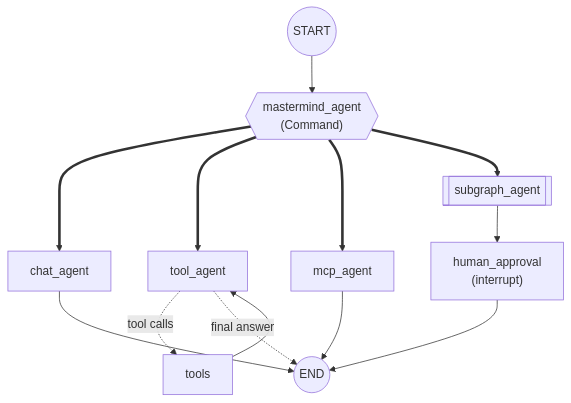
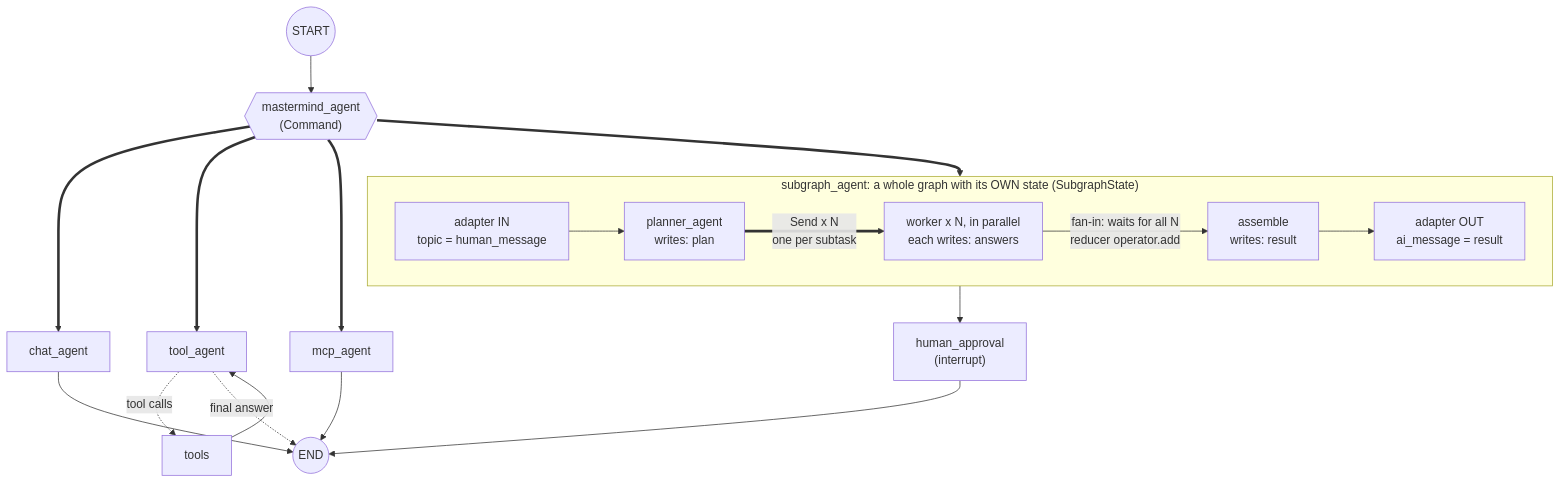
Before and after one commit to JoseLuisFFDT/template_multiagent_system: the diagram in README.md, drawn with Mermaid. The commit also changed other lines of this file and 4 other files, not shown here.

````diff
--- a/README.md
+++ b/README.md
@@ -34,14 +95,22 @@
 ```mermaid
 flowchart TD
     S((START)) --> MM{{"mastermind_agent<br/>(Command)"}}
     MM ==> CH[chat_agent]
     MM ==> TA[tool_agent]
     MM ==> MA[mcp_agent]
-    MM ==> SA[["subgraph_agent"]]
+    MM ==> SUB
+
+    subgraph SUB["subgraph_agent: a whole graph with its OWN state (SubgraphState)"]
+        IN["adapter IN<br/>topic = human_message"] --> PL["planner_agent<br/>writes: plan"]
+        PL ==>|"Send x N<br/>one per subtask"| W["worker x N, in parallel<br/>each writes: answers"]
+        W -->|"fan-in: waits for all N<br/>reducer operator.add"| AS["assemble<br/>writes: result"]
+        AS --> OUT["adapter OUT<br/>ai_message = result"]
+    end
+
     TA -.->|tool calls| T[tools]
     T --> TA
     TA -.->|final answer| E((END))
     CH --> E
     MA --> E
-    SA --> HA["human_approval<br/>(interrupt)"] --> E
+    SUB --> HA["human_approval<br/>(interrupt)"] --> E
 ```
````
